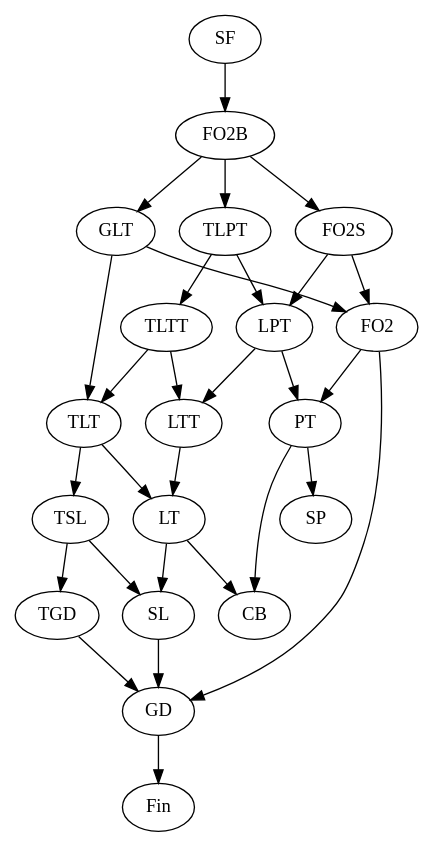
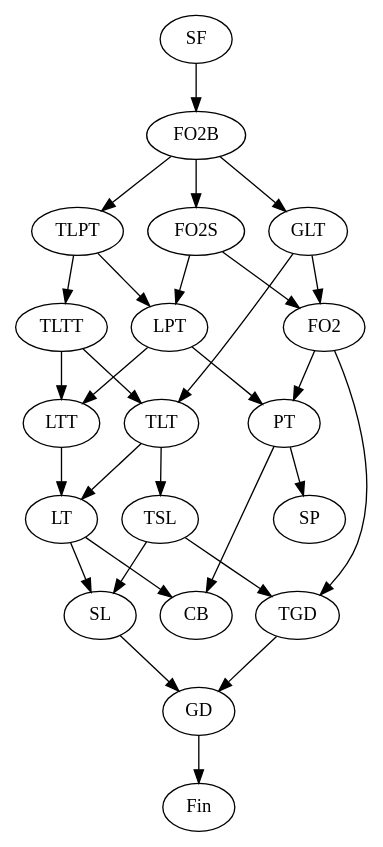
The diagram in hierarchy.dot (vvulpes0/Language-Toolkit-2), drawn with Graphviz before and after one commit.

Commit message:
recognize that FO2 contains TGD

```diff
--- a/hierarchy.dot
+++ b/hierarchy.dot
@@ -1,30 +1,30 @@
 digraph subreg {
 SF -> FO2B;
 FO2B -> FO2S;
 FO2S -> FO2;
 FO2 -> PT;
 PT -> SP;
 LTT -> LT;
 LT -> SL;
 TLTT -> LTT;
 TLTT -> TLT;
 TLT -> LT;
 TLT -> TSL;
 TSL -> SL;
 FO2B -> GLT;
 GLT -> TLT;
 GLT -> FO2;
 FO2S -> LPT;
 LPT -> LTT;
 LPT -> PT;
 FO2B -> TLPT;
 TLPT -> TLTT;
 TLPT -> LPT;
 TSL -> TGD;
+FO2 -> TGD;
 TGD -> GD;
-FO2 -> GD;
 SL -> GD;
 GD -> Fin;
 PT -> CB;
 LT -> CB;
 }
```
